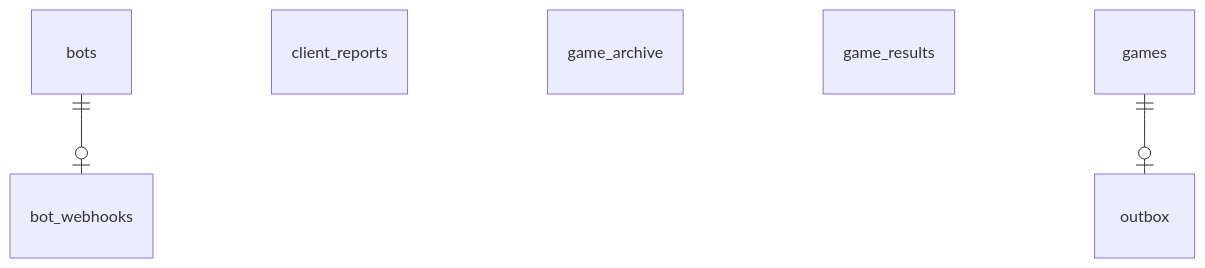
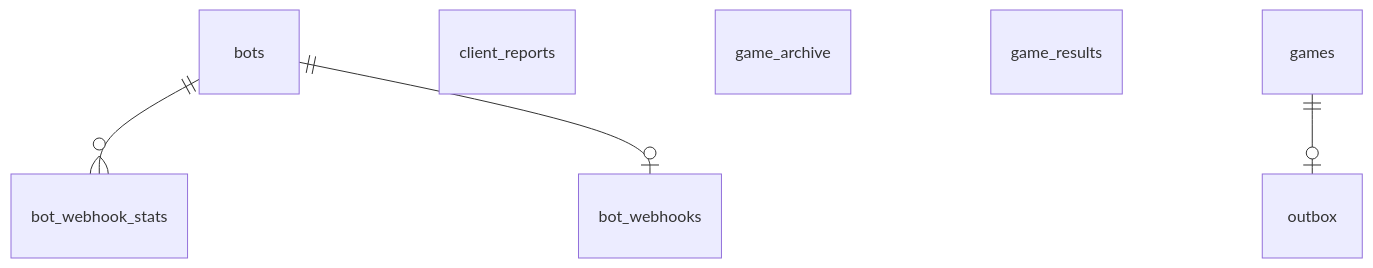
One commit to rabestro/dicechess-play-api changed the diagram in contributor-docs/src/content/docs/reference/schema.md. Above: the diagram before and after it, drawn with Mermaid. The commit also changed other lines of this file and 14 other files, not shown here.

````diff
--- a/contributor-docs/src/content/docs/reference/schema.md
+++ b/contributor-docs/src/content/docs/reference/schema.md
@@ -26,12 +26,14 @@
 ```mermaid
 erDiagram
+    bot_webhook_stats
     bot_webhooks
     bots
     client_reports
     game_archive
     game_results
     games
     outbox
+    bots ||--o{ bot_webhook_stats : ""
     bots ||--o| bot_webhooks : ""
     games ||--o| outbox : ""
 ```
````
